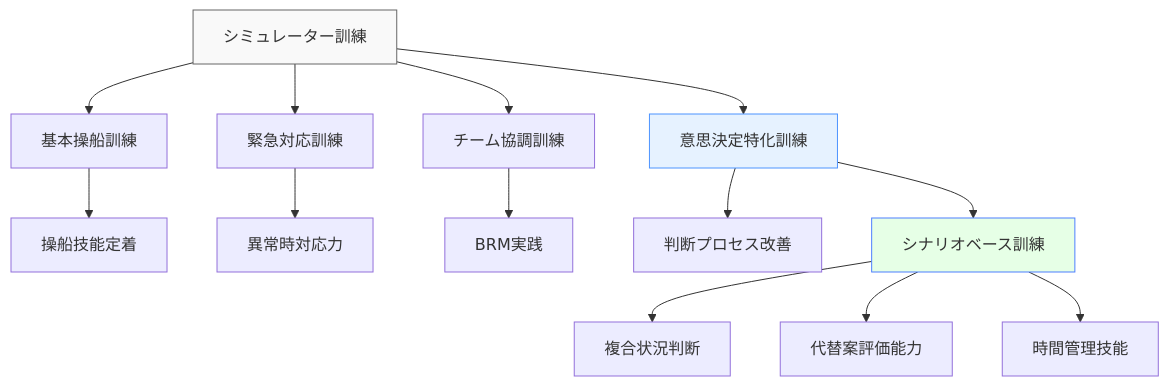
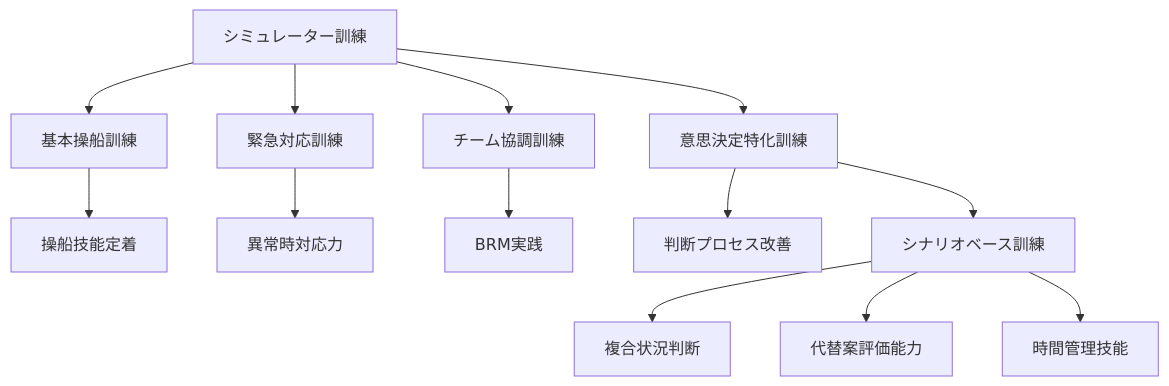
One commit to shuji-bonji/Situational-Awareness-and-Decision-Making changed the ninth of 11 diagrams in docs/applications/maritime-dm.md. Above: the diagram before and after it, drawn with Mermaid. The commit also changed other lines of this file and 49 other files, not shown here.

Commit message:
fix: ダークモードで見づらい図の色の変更

````diff
--- a/docs/applications/maritime-dm.md
+++ b/docs/applications/maritime-dm.md
@@ -336,21 +336,21 @@
 ```mermaid
 graph TD
     A[シミュレーター訓練] --> B[基本操船訓練]
     A --> C[緊急対応訓練]
     A --> D[チーム協調訓練]
     A --> E[意思決定特化訓練]
     
     B --> B1[操船技能定着]
     C --> C1[異常時対応力]
     D --> D1[BRM実践]
     E --> E1[判断プロセス改善]
     
     E --> F[シナリオベース訓練]
     F --> F1[複合状況判断]
     F --> F2[代替案評価能力]
     F --> F3[時間管理技能]
     
-    style A fill:#f9f9f9,stroke:#666
-    style E fill:#e6f2ff,stroke:#4d94ff
-    style F fill:#e6ffe6,stroke:#4d7fff
+
+
+
 ```
````
